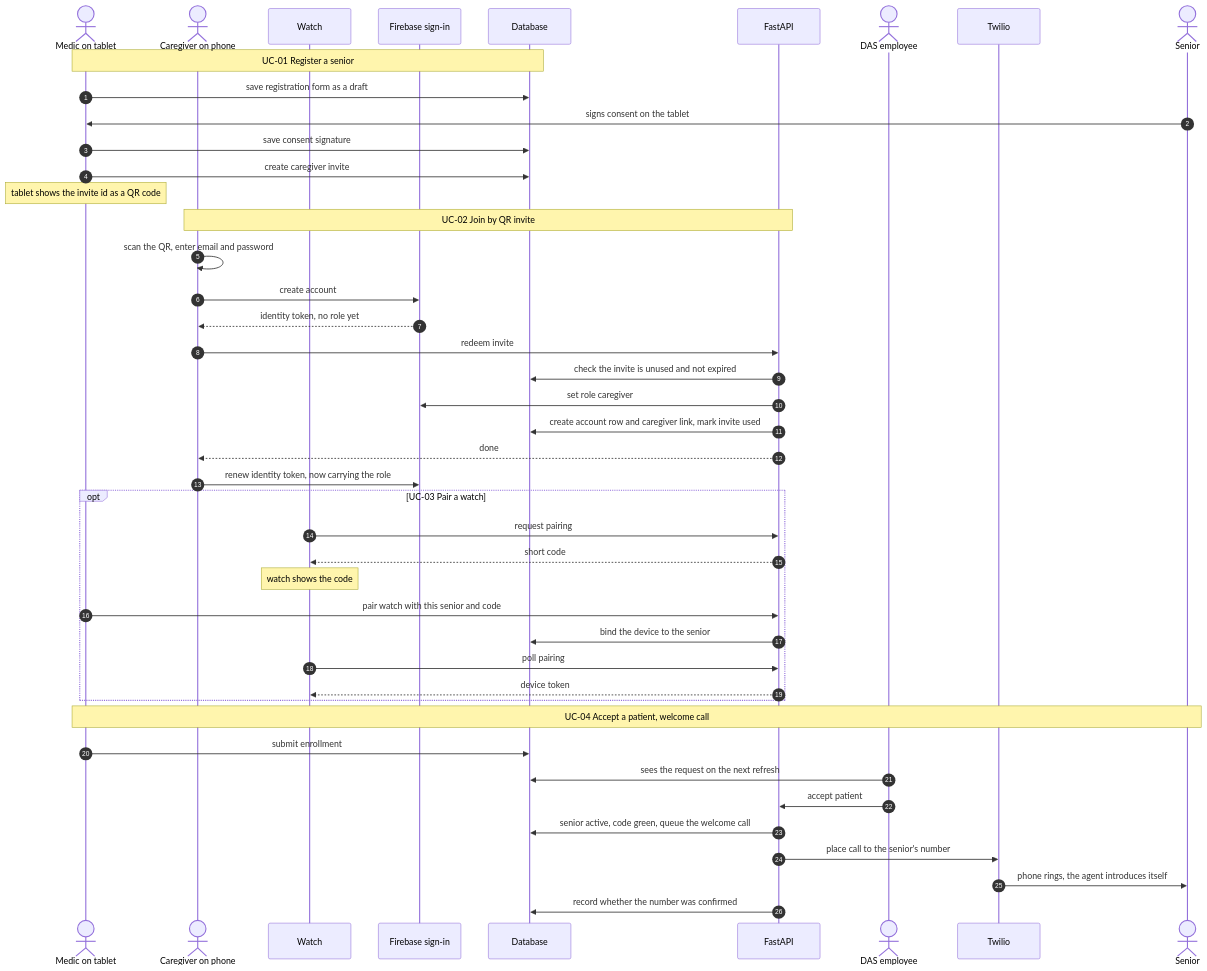
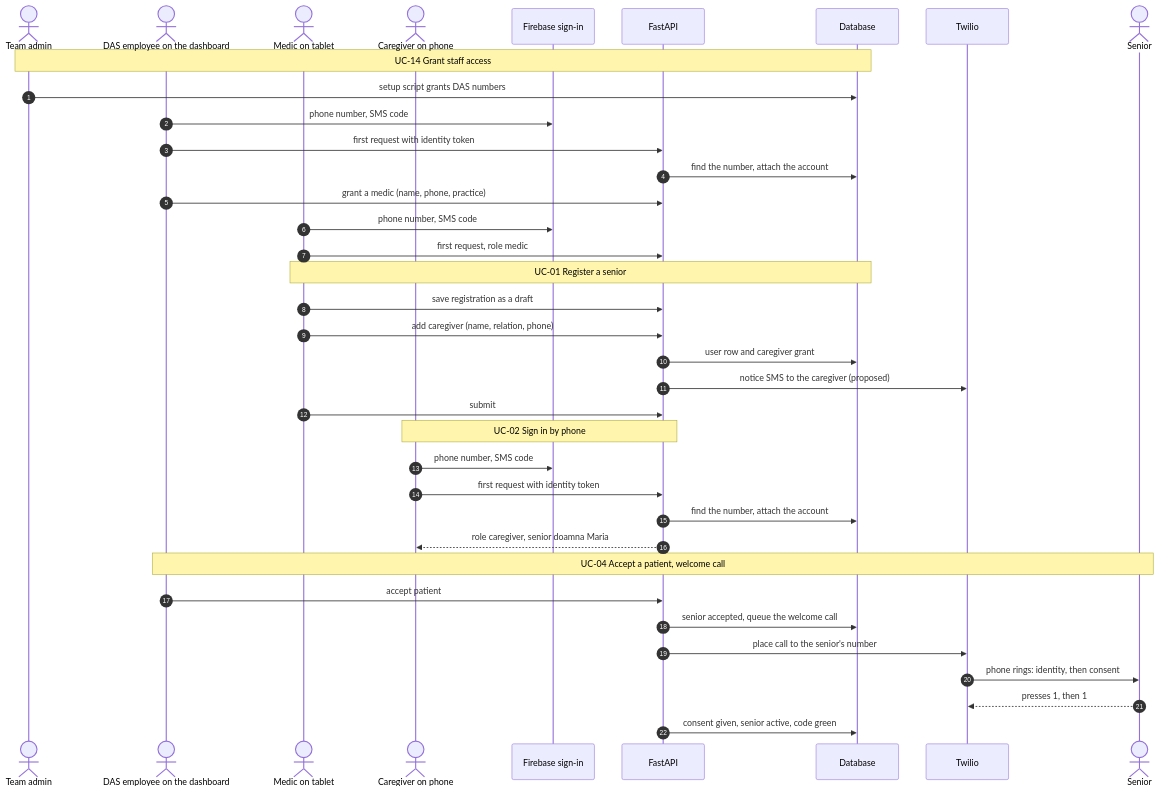
The second of 7 diagrams in docs/specs/sentinela/02-use-cases.md (paulhondola/EchoCare), drawn with Mermaid before and after one commit. The commit also changed other lines of this file and 6 other files, not shown here.

First line of the commit message:
Revise Sentinela MVP architecture and rules

````diff
--- a/docs/specs/sentinela/02-use-cases.md
+++ b/docs/specs/sentinela/02-use-cases.md
@@ -77,50 +85,43 @@
 ```mermaid
 sequenceDiagram
     autonumber
+    actor A as Team admin
+    actor D as DAS employee on the dashboard
     actor M as Medic on tablet
     actor C as Caregiver on phone
-    participant W as Watch
     participant AU as Firebase sign-in
+    participant F as FastAPI
     participant DB as Database
-    participant F as FastAPI
-    actor D as DAS employee
     participant T as Twilio
     actor S as Senior
 
+    Note over A,DB: UC-14 Grant staff access
+    A->>DB: setup script grants DAS numbers
+    D->>AU: phone number, SMS code
+    D->>F: first request with identity token
+    F->>DB: find the number, attach the account
+    D->>F: grant a medic (name, phone, practice)
+    M->>AU: phone number, SMS code
+    M->>F: first request, role medic
+
     Note over M,DB: UC-01 Register a senior
-    M->>DB: save registration form as a draft
-    S->>M: signs consent on the tablet
-    M->>DB: save consent signature
-    M->>DB: create caregiver invite
-    Note over M: tablet shows the invite id as a QR code
+    M->>F: save registration as a draft
+    M->>F: add caregiver (name, relation, phone)
+    F->>DB: user row and caregiver grant
+    F->>T: notice SMS to the caregiver (proposed)
+    M->>F: submit
 
-    Note over C,F: UC-02 Join by QR invite
-    C->>C: scan the QR, enter email and password
-    C->>AU: create account
-    AU-->>C: identity token, no role yet
-    C->>F: redeem invite
-    F->>DB: check the invite is unused and not expired
-    F->>AU: set role caregiver
-    F->>DB: create account row and caregiver link, mark invite used
-    F-->>C: done
-    C->>AU: renew identity token, now carrying the role
+    Note over C,F: UC-02 Sign in by phone
+    C->>AU: phone number, SMS code
+    C->>F: first request with identity token
+    F->>DB: find the number, attach the account
+    F-->>C: role caregiver, senior doamna Maria
 
-    opt UC-03 Pair a watch
-        W->>F: request pairing
-        F-->>W: short code
-        Note over W: watch shows the code
-        M->>F: pair watch with this senior and code
-        F->>DB: bind the device to the senior
-        W->>F: poll pairing
-        F-->>W: device token
-    end
-
-    Note over M,S: UC-04 Accept a patient, welcome call
-    M->>DB: submit enrollment
-    D->>DB: sees the request on the next refresh
+    Note over D,S: UC-04 Accept a patient, welcome call
     D->>F: accept patient
-    F->>DB: senior active, code green, queue the welcome call
+    F->>DB: senior accepted, queue the welcome call
     F->>T: place call to the senior's number
-    T->>S: phone rings, the agent introduces itself
-    F->>DB: record whether the number was confirmed
+    T->>S: phone rings: identity, then consent
+    S-->>T: presses 1, then 1
+    F->>DB: consent given, senior active, code green
 ```
````
